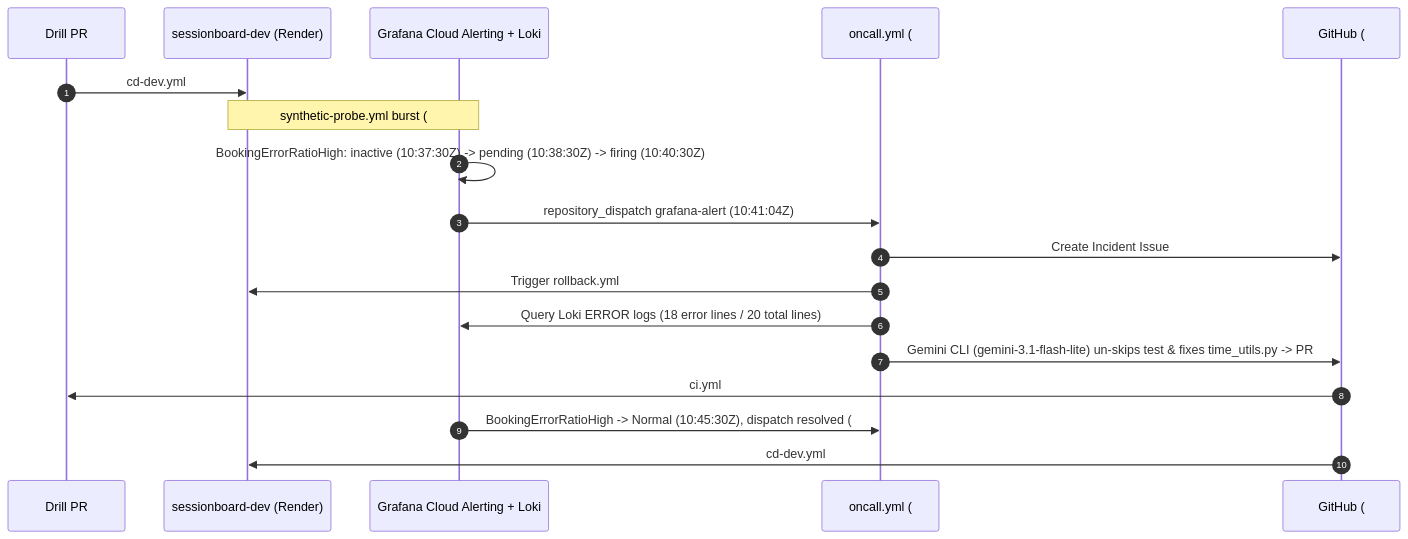
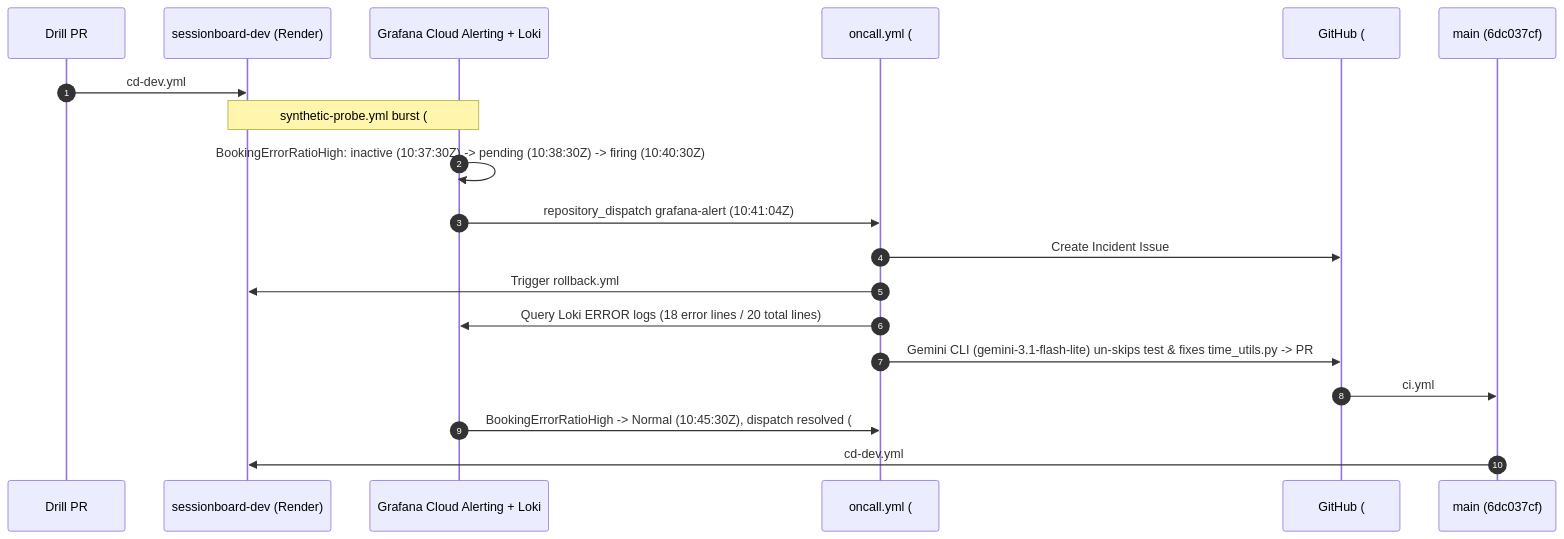
One commit to brut0/sessionboard changed the diagram in docs/oncall-demo.md. Above: the diagram before and after it, drawn with Mermaid. The commit also changed 1 other file, not shown here.

Commit message:
docs: add oncall-demo.md to README structure and clarify sequence diagram (#16)
Agent: devops-agent

Refs: #16

````diff
--- a/docs/oncall-demo.md
+++ b/docs/oncall-demo.md
@@ -17,21 +17,22 @@
 ```mermaid
 sequenceDiagram
   autonumber
-  participant PR47 as Drill PR #47 (main @ 9a7dd8f)
+  participant PR47 as Drill PR #47 (9a7dd8f)
   participant DEV as sessionboard-dev (Render)
   participant GRAF as Grafana Cloud Alerting + Loki
   participant ONCALL as oncall.yml (#43586436665)
   participant GH as GitHub (#48 & PR #49)
+  participant MAIN as main (6dc037cf)
 
   PR47->>DEV: cd-dev.yml #43585843607 deploys 9a7dd8f -> smoke probe FAILS
   Note over DEV,GRAF: synthetic-probe.yml burst (#43586140601) drives HTTP 500s on :45+30m slots
   GRAF->>GRAF: BookingErrorRatioHigh: inactive (10:37:30Z) -> pending (10:38:30Z) -> firing (10:40:30Z)
   GRAF->>ONCALL: repository_dispatch grafana-alert (10:41:04Z)
   ONCALL->>GH: Create Incident Issue #48 (10:41:12Z)
   ONCALL->>DEV: Trigger rollback.yml #43586452777 -> dev restored to 3b3cb8f (10:42:44Z)
   ONCALL->>GRAF: Query Loki ERROR logs (18 error lines / 20 total lines)
   ONCALL->>GH: Gemini CLI (gemini-3.1-flash-lite) un-skips test & fixes time_utils.py -> PR #49
-  GH->>PR47: ci.yml #43586622025 passes -> Auto-merge PR #49 (6dc037cf, 10:44:42Z) & close #48
+  GH->>MAIN: ci.yml #43586622025 passes -> Auto-merge PR #49 (6dc037cf, 10:44:42Z) & close #48
   GRAF->>ONCALL: BookingErrorRatioHigh -> Normal (10:45:30Z), dispatch resolved (#43586823690)
-  GH->>DEV: cd-dev.yml #43586718427 deploys 6dc037cf -> smoke probe 3/3 OK (10:47:57Z)
+  MAIN->>DEV: cd-dev.yml #43586718427 deploys 6dc037cf -> smoke probe 3/3 OK (10:47:57Z)
 ```
````
